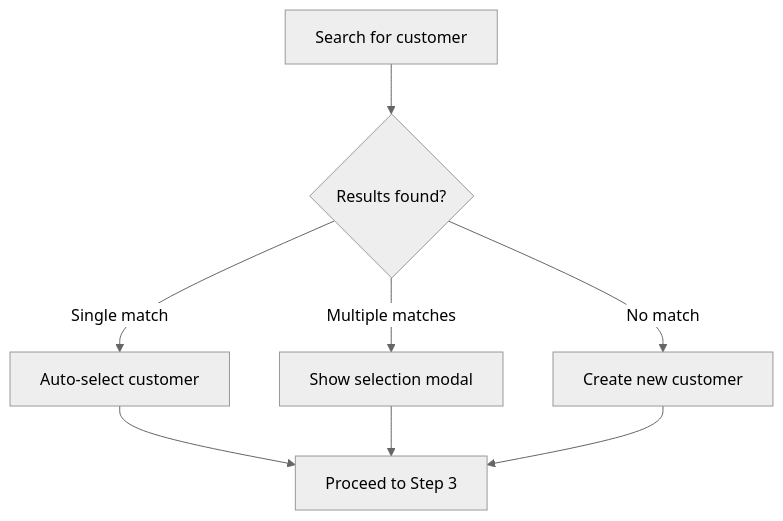
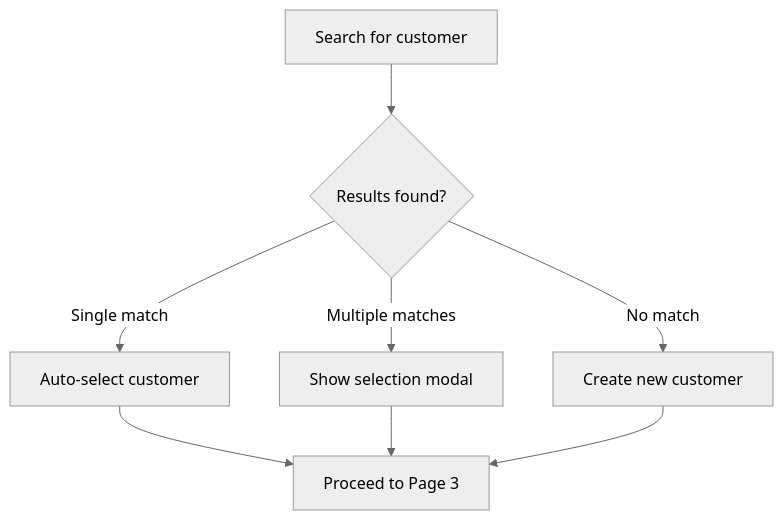
Before and after one commit to hansos/DR_Admin: the third of 9 diagrams in Documentation/SalesWorkflow.md, drawn with Mermaid (neutral theme). The commit also changed other lines of this file and 1 other file, not shown here.

First line of the commit message:
Add detailed SalesWorkflow documentation for reseller flow

````diff
--- a/Documentation/SalesWorkflow.md
+++ b/Documentation/SalesWorkflow.md
@@ -63,10 +122,10 @@
 ```mermaid
 flowchart TD
     A["Search for customer"] --> B{"Results found?"}
     B -->|Single match| C["Auto-select customer"]
     B -->|Multiple matches| D["Show selection modal"]
     B -->|No match| E["Create new customer"]
-    C --> F["Proceed to Step 3"]
+    C --> F["Proceed to Page 3"]
     D --> F
     E --> F
 ```
````
